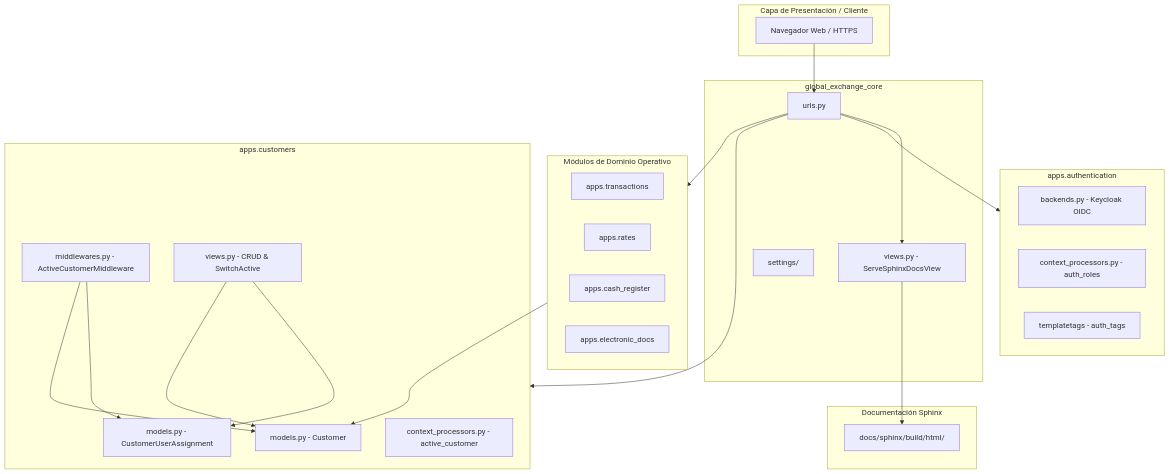
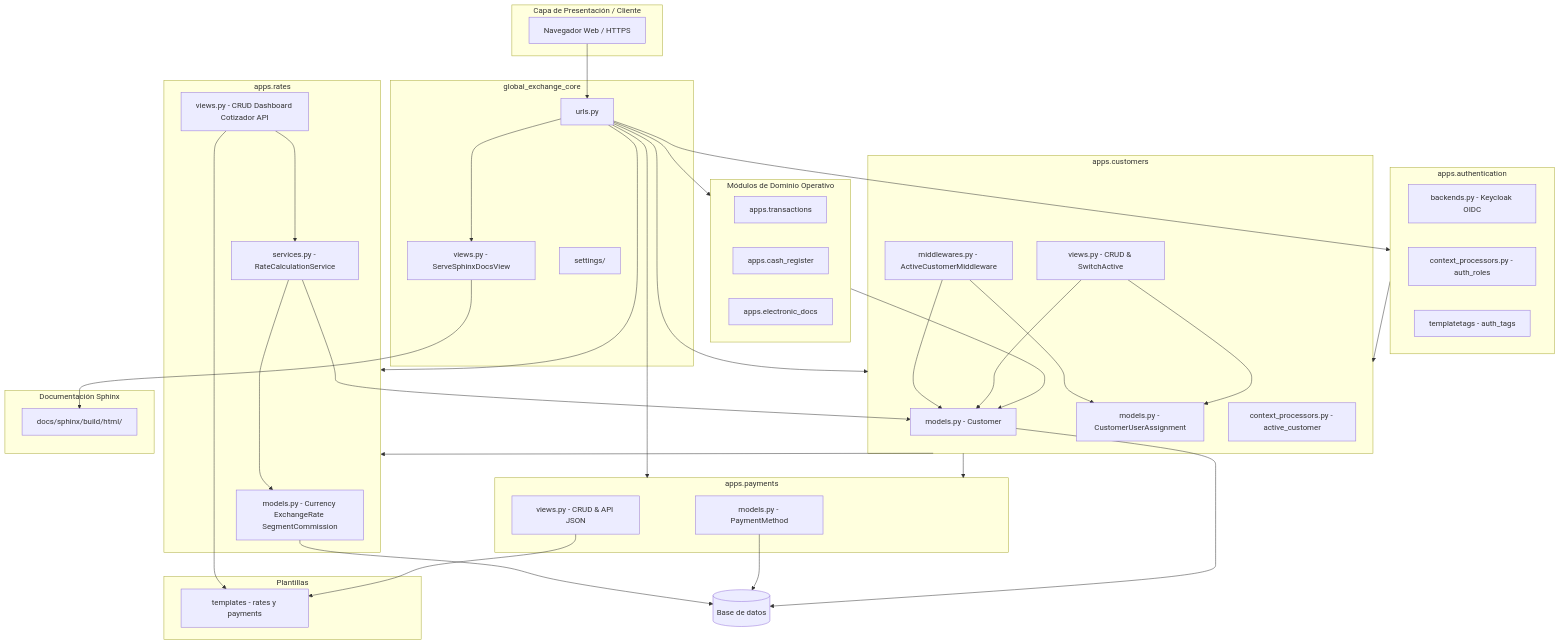
One commit to devMauricioG/global_exchange changed the diagram in docs/documentacion/Proyecto/EQUIPO_88_B_DIS_PAQ_01.md. Above: the diagram before and after it, drawn with Mermaid. The commit also changed other lines of this file and 15 other files, not shown here.

````diff
--- a/docs/documentacion/Proyecto/EQUIPO_88_B_DIS_PAQ_01.md
+++ b/docs/documentacion/Proyecto/EQUIPO_88_B_DIS_PAQ_01.md
@@ -134,50 +173,80 @@
 ```mermaid
 graph TD
     subgraph ClientLayer [Capa de Presentación / Cliente]
         Browser[Navegador Web / HTTPS]
     end
 
     subgraph Core [global_exchange_core]
         RootURLs[urls.py]
         DocsView[views.py - ServeSphinxDocsView]
         Settings[settings/]
     end
 
     subgraph AuthApp [apps.authentication]
         OIDCBackend[backends.py - Keycloak OIDC]
         AuthContext[context_processors.py - auth_roles]
         AuthTags[templatetags - auth_tags]
     end
 
     subgraph CustomerApp [apps.customers]
         CustomerModel[models.py - Customer]
         AssignmentModel[models.py - CustomerUserAssignment]
         ActiveMiddleware[middlewares.py - ActiveCustomerMiddleware]
         ActiveContext[context_processors.py - active_customer]
         CustomerViews[views.py - CRUD & SwitchActive]
     end
 
+    subgraph RatesApp [apps.rates]
+        RatesModels[models.py - Currency ExchangeRate SegmentCommission]
+        RatesServices[services.py - RateCalculationService]
+        RatesViews[views.py - CRUD Dashboard Cotizador API]
+    end
+
+    subgraph PaymentsApp [apps.payments]
+        PaymentsModels[models.py - PaymentMethod]
+        PaymentsViews[views.py - CRUD & API JSON]
+    end
+
     subgraph DomainApps [Módulos de Dominio Operativo]
         Transactions[apps.transactions]
-        Rates[apps.rates]
         CashRegister[apps.cash_register]
         ElectronicDocs[apps.electronic_docs]
+    end
+
+    subgraph TemplatesLayer [Plantillas]
+        Templates[templates - rates y payments]
     end
 
     subgraph SphinxDocs [Documentación Sphinx]
         HTMLTree[docs/sphinx/build/html/]
     end
 
+    DB[(Base de datos)]
+
     Browser --> RootURLs
     RootURLs --> DocsView
     DocsView --> HTMLTree
     RootURLs --> AuthApp
     RootURLs --> CustomerApp
+    RootURLs --> RatesApp
+    RootURLs --> PaymentsApp
     RootURLs --> DomainApps
 
     ActiveMiddleware --> AssignmentModel
     ActiveMiddleware --> CustomerModel
     CustomerViews --> AssignmentModel
     CustomerViews --> CustomerModel
     DomainApps --> CustomerModel
+
+    RatesServices --> RatesModels
+    RatesServices --> CustomerModel
+    RatesViews --> RatesServices
+    RatesViews --> Templates
+    PaymentsViews --> Templates
+    RatesModels --> DB
+    PaymentsModels --> DB
+    CustomerModel --> DB
+    AuthApp --> CustomerApp
+    CustomerApp --> PaymentsApp
+    CustomerApp --> RatesApp
 ```
````
